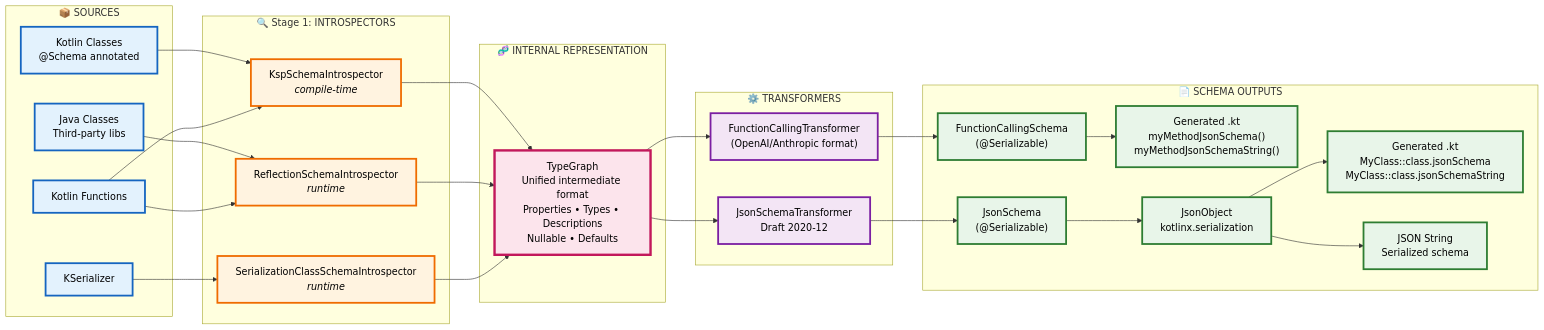
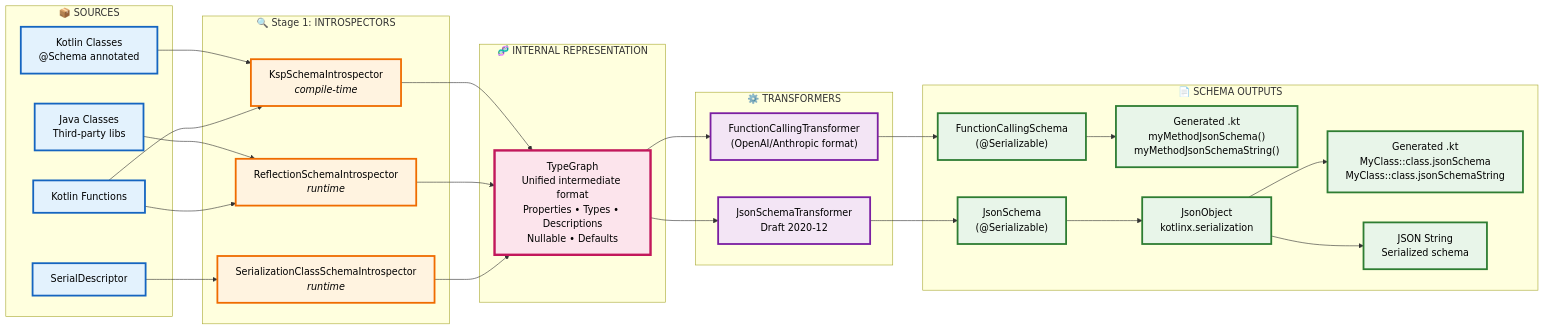
One commit to Kotlin/kotlinx-schema changed the first of 3 diagrams in docs/architecture.md. Above: the diagram before and after it, drawn with Mermaid. The commit also changed other lines of this file and 6 other files, not shown here.

First line of the commit message:
refactor(json): Replace `KSerializer` with `SerialDescriptor` for JSON Schema generation (#84)

````diff
--- a/docs/architecture.md
+++ b/docs/architecture.md
@@ -22,65 +22,65 @@
 ```mermaid
 graph LR
     subgraph Sources["📦 SOURCES"]
         Kotlin["Kotlin Classes<br/>@Schema annotated"]
-        KSerializer["KSerializer"]
+        KSerializer["SerialDescriptor"]
         Java["Java Classes<br/>Third-party libs"]
         Functions["Kotlin Functions"]
     end
 
     subgraph Introspectors["🔍 Stage 1: INTROSPECTORS"]
         KSP["KspSchemaIntrospector<br/><i>compile-time</i>"]
         Reflect["ReflectionSchemaIntrospector<br/><i>runtime</i>"]
         Serialization["SerializationClassSchemaIntrospector<br/><i>runtime</i>"]
     end
 
     subgraph IR["🧬 INTERNAL REPRESENTATION"]
         TypeGraph["TypeGraph<br/>Unified intermediate format<br/>Properties • Types • Descriptions<br/>Nullable • Defaults"]
     end
 
     subgraph Transformers["⚙️ TRANSFORMERS"]
         JsonTransform["JsonSchemaTransformer<br/>Draft 2020-12"]
         FuncTransform["FunctionCallingTransformer<br/>(OpenAI/Anthropic format)"]
     end
 
     subgraph Output["📄 SCHEMA OUTPUTS"]
         KtClass["Generated .kt<br/>MyClass::class.jsonSchema<br/>MyClass::class.jsonSchemaString"]
         KtFunc["Generated .kt<br/>myMethodJsonSchema()<br/>myMethodJsonSchemaString()"]
         JsonSchema["JsonSchema<br/>(@Serializable)"]
         JsonObj["JsonObject<br/>kotlinx.serialization"]
         JsonStr["JSON String<br/>Serialized schema"]
         FuncSchema["FunctionCallingSchema<br/>(@Serializable)"]
     end
 
     Kotlin --> KSP
     KSerializer --> Serialization
     Java --> Reflect
     Functions --> KSP
     Functions --> Reflect
 
     KSP --> TypeGraph
     Reflect --> TypeGraph
     Serialization --> TypeGraph
 
     TypeGraph --> JsonTransform
     TypeGraph --> FuncTransform
 
     JsonTransform --> JsonSchema
     FuncTransform --> FuncSchema
     JsonSchema --> JsonObj
     FuncSchema --> KtFunc
     JsonObj --> JsonStr
     JsonObj --> KtClass
 
     classDef sourceStyle fill:#e3f2fd,stroke:#1565c0,stroke-width:3px,color:#000
     classDef introspectorStyle fill:#fff3e0,stroke:#ef6c00,stroke-width:3px,color:#000
     classDef irStyle fill:#fce4ec,stroke:#c2185b,stroke-width:4px,color:#000
     classDef transformStyle fill:#f3e5f5,stroke:#7b1fa2,stroke-width:3px,color:#000
     classDef outputStyle fill:#e8f5e9,stroke:#2e7d32,stroke-width:3px,color:#000
 
     class Kotlin,Java,Functions,KSerializer sourceStyle
     class KSP,Reflect,Serialization introspectorStyle
     class TypeGraph irStyle
     class JsonTransform,FuncTransform transformStyle
     class KtClass,KtFunc,JsonSchema,FuncSchema,JsonObj,JsonStr outputStyle
 ```
````
